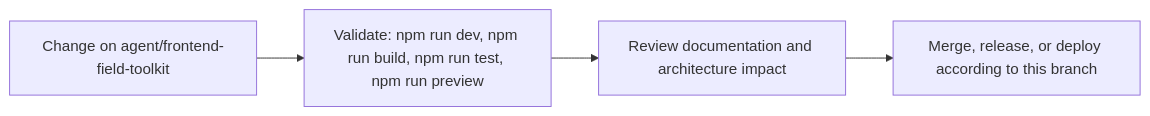
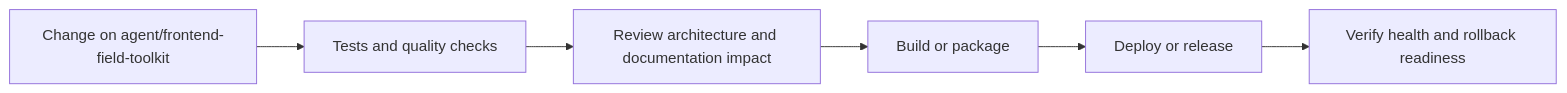
Before and after one commit to Nischhalsubba/Napiyo: the fourth of 5 diagrams in README.md, drawn with Mermaid. The commit also changed other lines of this file, not shown here.

````diff
--- a/README.md
+++ b/README.md
@@ -72,8 +153,8 @@
 ```mermaid
 flowchart LR
-    CHANGE["Change on agent/frontend-field-toolkit"]
-    CHECK["Validate: npm run dev, npm run build, npm run test, npm run preview"]
-    REVIEW["Review documentation and architecture impact"]
-    RELEASE["Merge, release, or deploy according to this branch"]
-    CHANGE --> CHECK --> REVIEW --> RELEASE
+    CHANGE["Change on agent/frontend-field-toolkit"] --> CHECK["Tests and quality checks"]
+    CHECK --> REVIEW["Review architecture and documentation impact"]
+    REVIEW --> BUILD["Build or package"]
+    BUILD --> DEPLOY["Deploy or release"]
+    DEPLOY --> VERIFY["Verify health and rollback readiness"]
 ```
````
